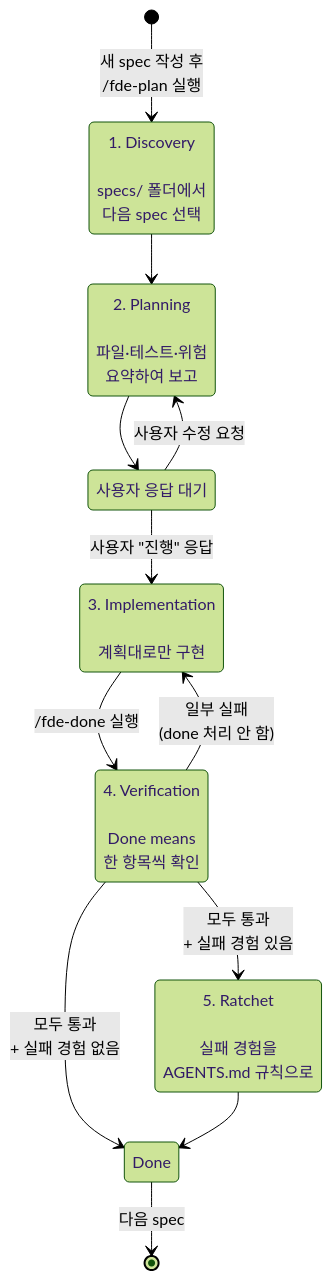
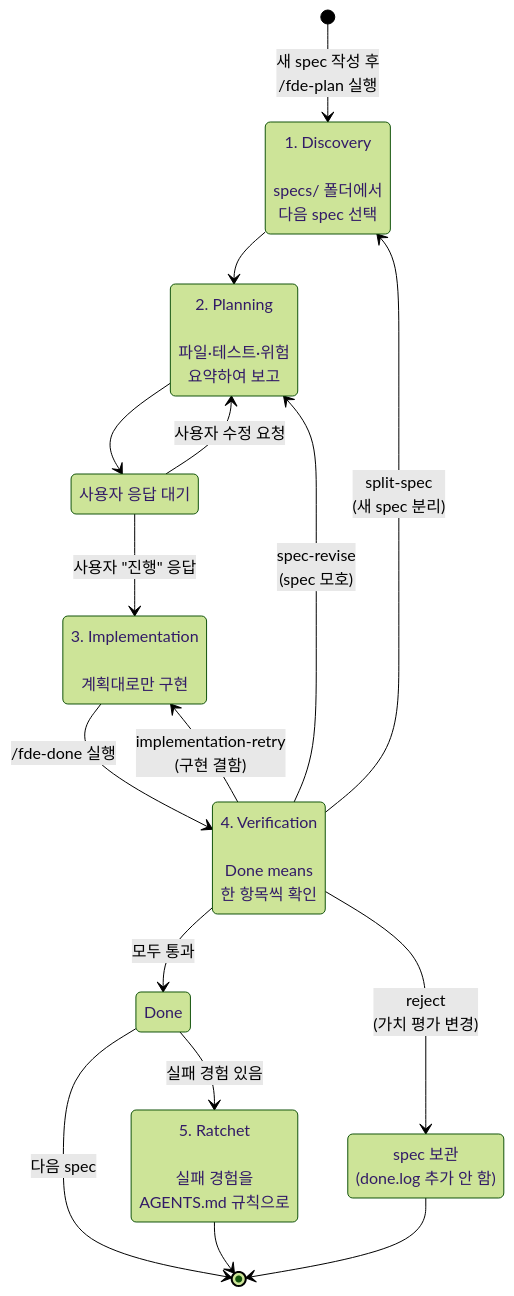
One commit to SeokRae/fde-harness changed the second of 5 diagrams in docs/concepts.md. Above: the diagram before and after it, drawn with Mermaid (forest theme). The commit also changed 4 other files, not shown here.

````diff
--- a/docs/concepts.md
+++ b/docs/concepts.md
@@ -50,23 +50,28 @@
 ```mermaid
 stateDiagram-v2
     [*] --> Discovery: 새 spec 작성 후<br/>/fde-plan 실행
 
     Discovery: 1. Discovery<br/><br/>specs/ 폴더에서<br/>다음 spec 선택
     Planning: 2. Planning<br/><br/>파일·테스트·위험<br/>요약하여 보고
     Approval: 사용자 응답 대기
     Implementation: 3. Implementation<br/><br/>계획대로만 구현
     Verification: 4. Verification<br/><br/>Done means<br/>한 항목씩 확인
     Ratchet: 5. Ratchet<br/><br/>실패 경험을<br/>AGENTS.md 규칙으로
 
     Discovery --> Planning
     Planning --> Approval
     Approval --> Implementation: 사용자 "진행" 응답
     Approval --> Planning: 사용자 수정 요청
     Implementation --> Verification: /fde-done 실행
-    Verification --> Implementation: 일부 실패<br/>(done 처리 안 함)
-    Verification --> Ratchet: 모두 통과<br/>+ 실패 경험 있음
-    Verification --> Done: 모두 통과<br/>+ 실패 경험 없음
-    Ratchet --> Done
+    Verification --> Done: 모두 통과
+    Verification --> Implementation: implementation-retry<br/>(구현 결함)
+    Verification --> Planning: spec-revise<br/>(spec 모호)
+    Verification --> Discovery: split-spec<br/>(새 spec 분리)
+    Verification --> Cancelled: reject<br/>(가치 평가 변경)
+    Done --> Ratchet: 실패 경험 있음
+    Done --> [*]: 다음 spec
+    Ratchet --> [*]
+    Cancelled --> [*]
 
-    Done --> [*]: 다음 spec
+    Cancelled: spec 보관<br/>(done.log 추가 안 함)
 ```
````
